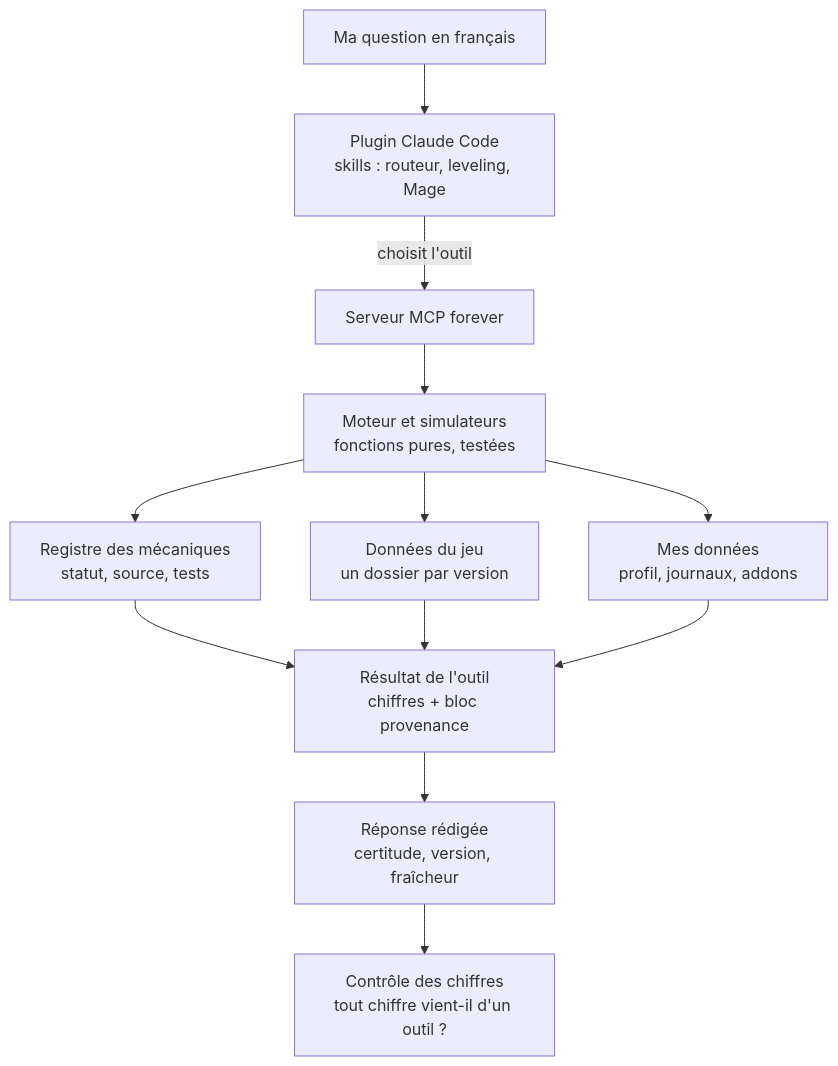
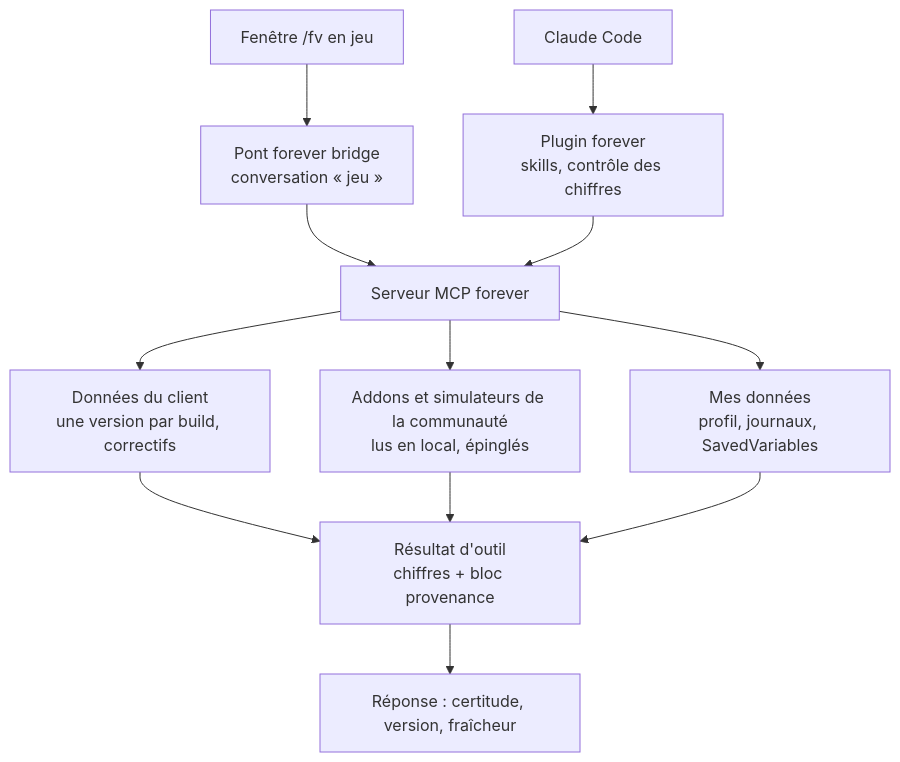
The diagram in README.md (PicardRaphael/wow-forever), drawn with Mermaid before and after one commit. The commit also changed other lines of this file and 6 other files, not shown here.

First line of the commit message:
Docs : README, USAGE, ARCHITECTURE, DATA_SOURCES, ROADMAP et questions ouvertes à l'état d'avant la sortie (décisions 288 à 297)

````diff
--- a/README.md
+++ b/README.md
@@ -54,14 +61,14 @@
 ```mermaid
 flowchart TD
-    Q["Ma question en français"] --> P["Plugin Claude Code<br/>skills : routeur, leveling, Mage"]
-    P -->|"choisit l'outil"| M["Serveur MCP forever"]
-    M --> E["Moteur et simulateurs<br/>fonctions pures, testées"]
-    E --> R["Registre des mécaniques<br/>statut, source, tests"]
-    E --> D["Données du jeu<br/>un dossier par version"]
-    E --> U["Mes données<br/>profil, journaux, addons"]
-    R --> S["Résultat de l'outil<br/>chiffres + bloc provenance"]
-    D --> S
+    J["Fenêtre /fv en jeu"] --> B["Pont forever bridge<br/>conversation « jeu »"]
+    C["Claude Code"] --> P["Plugin forever<br/>skills, contrôle des chiffres"]
+    B --> M["Serveur MCP forever"]
+    P --> M
+    M --> D["Données du client<br/>une version par build, correctifs"]
+    M --> A["Addons et simulateurs de la communauté<br/>lus en local, épinglés"]
+    M --> U["Mes données<br/>profil, journaux, SavedVariables"]
+    D --> S["Résultat d'outil<br/>chiffres + bloc provenance"]
+    A --> S
     U --> S
-    S --> A["Réponse rédigée<br/>certitude, version, fraîcheur"]
-    A --> H["Contrôle des chiffres<br/>tout chiffre vient-il d'un outil ?"]
+    S --> R["Réponse : certitude, version, fraîcheur"]
 ```
````
